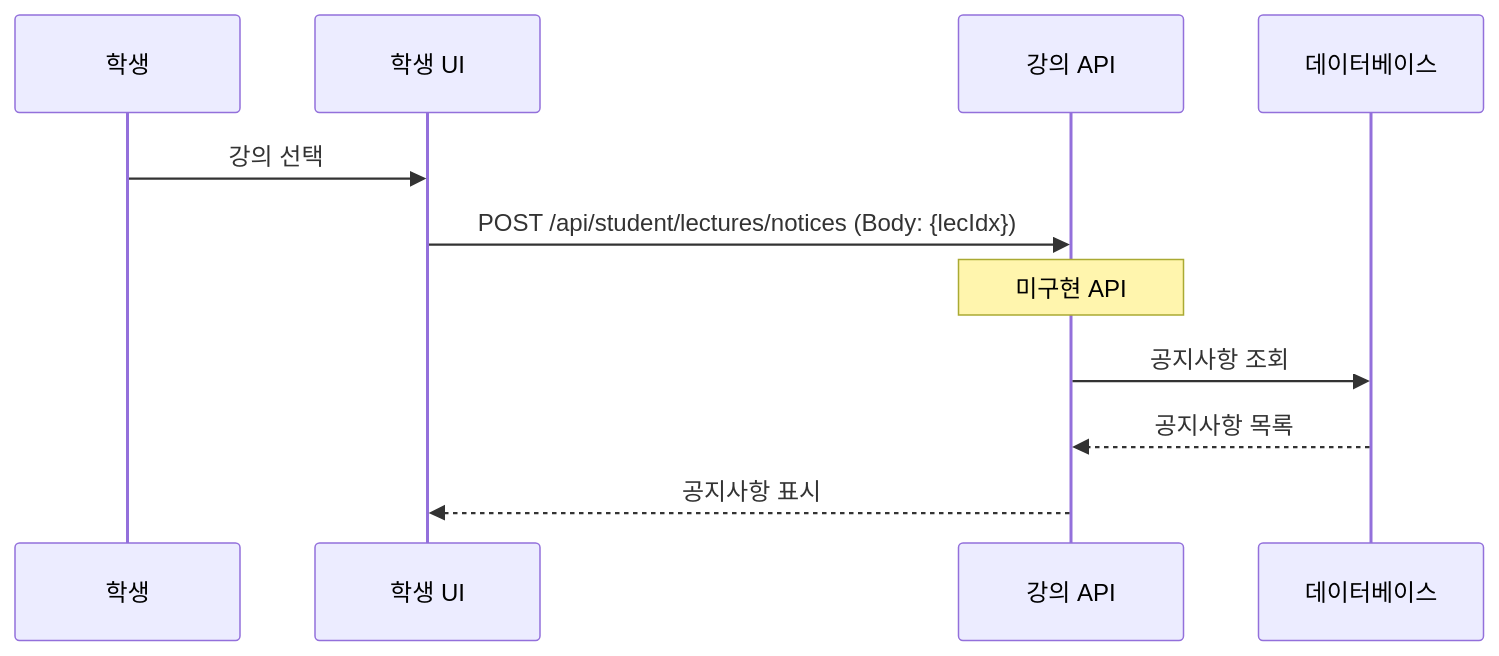
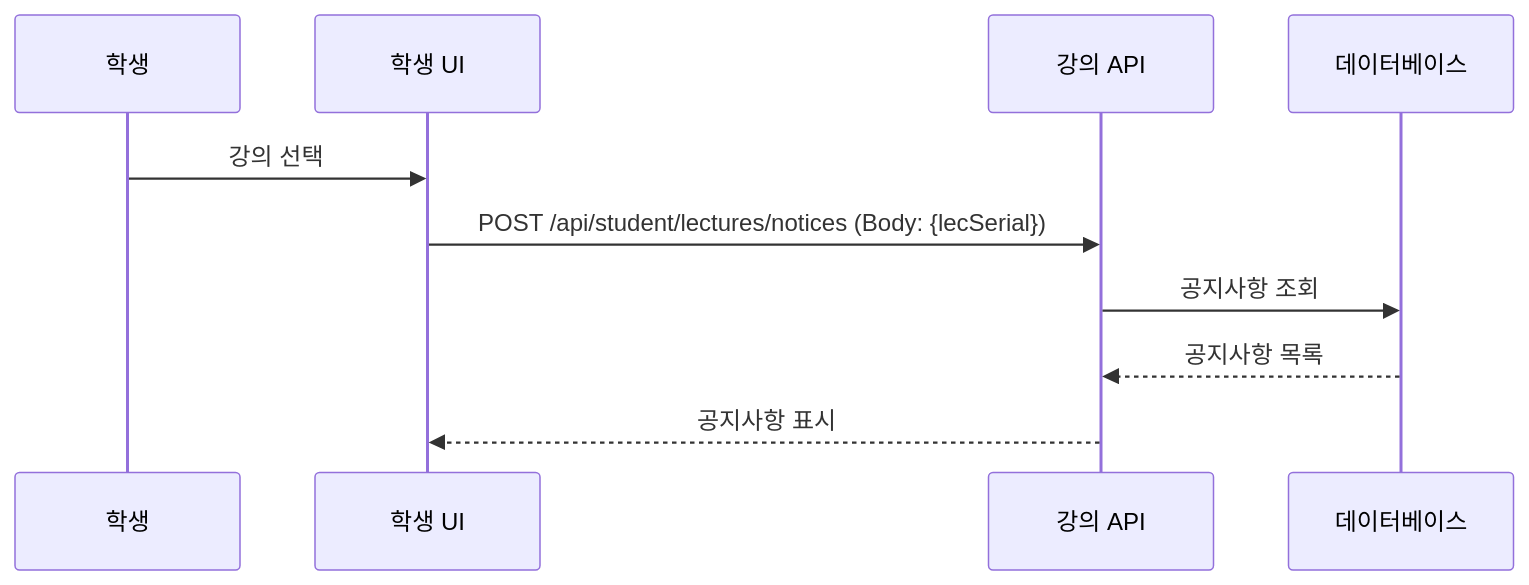
One commit to hooting76/blue-crab-lms changed the fourth of 10 diagrams in backend/BlueCrab/docs/강의관련기능/06-학생플로우.md. Above: the diagram before and after it, drawn with Mermaid. The commit also changed other lines of this file and 19 other files, not shown here.

````diff
--- a/backend/BlueCrab/docs/강의관련기능/06-학생플로우.md
+++ b/backend/BlueCrab/docs/강의관련기능/06-학생플로우.md
@@ -92,14 +125,13 @@
 ```mermaid
 sequenceDiagram
     participant Student as 학생
     participant UI as 학생 UI
     participant API as 강의 API
     participant DB as 데이터베이스
 
     Student->>UI: 강의 선택
-    UI->>API: POST /api/student/lectures/notices (Body: {lecIdx})
-    Note over API:  미구현 API
+    UI->>API: POST /api/student/lectures/notices (Body: {lecSerial})
     API->>DB: 공지사항 조회
     DB-->>API: 공지사항 목록
     API-->>UI: 공지사항 표시
 ```
````
